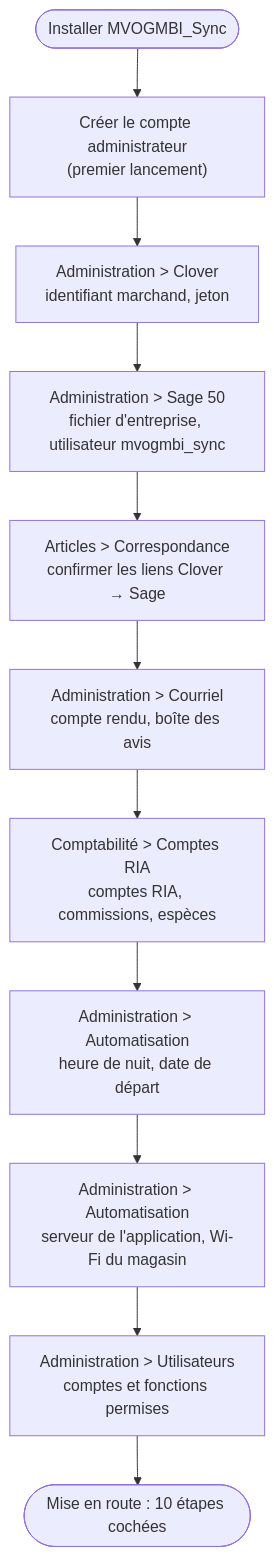
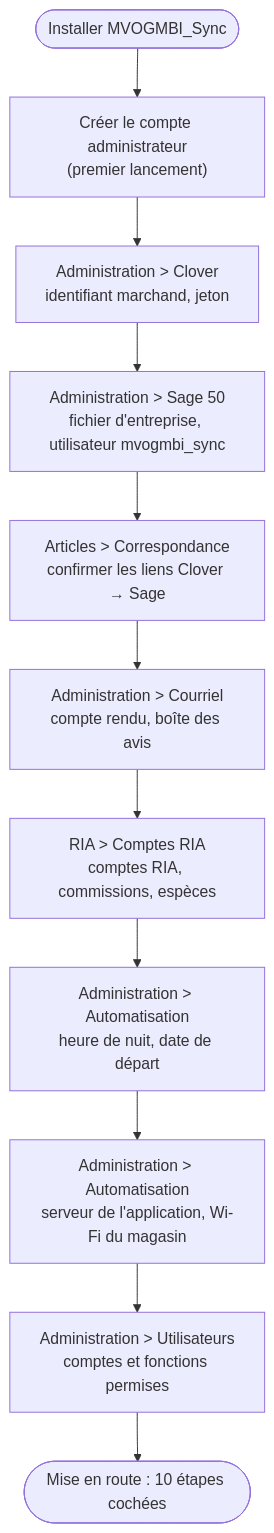
Before and after one commit to mteingueng-dot/MVOGMBI_Sync_2026.1: the first of 19 diagrams in documentation/WORKFLOWS.md, drawn with Mermaid. The commit also changed other lines of this file and 28 other files, not shown here.

````diff
--- a/documentation/WORKFLOWS.md
+++ b/documentation/WORKFLOWS.md
@@ -11,13 +11,13 @@
 ```mermaid
 flowchart TD
     A([Installer MVOGMBI_Sync]) --> B["Créer le compte administrateur<br/>(premier lancement)"]
     B --> C["Administration > Clover<br/>identifiant marchand, jeton"]
     C --> D["Administration > Sage 50<br/>fichier d'entreprise, utilisateur mvogmbi_sync"]
     D --> E["Articles > Correspondance<br/>confirmer les liens Clover → Sage"]
     E --> F["Administration > Courriel<br/>compte rendu, boîte des avis"]
-    F --> F2["Comptabilité > Comptes RIA<br/>comptes RIA, commissions, espèces"]
+    F --> F2["RIA > Comptes RIA<br/>comptes RIA, commissions, espèces"]
     F2 --> G["Administration > Automatisation<br/>heure de nuit, date de départ"]
     G --> G2["Administration > Automatisation<br/>serveur de l'application, Wi-Fi du magasin"]
     G2 --> H["Administration > Utilisateurs<br/>comptes et fonctions permises"]
     H --> I([Mise en route : 10 étapes cochées])
 ```
````
